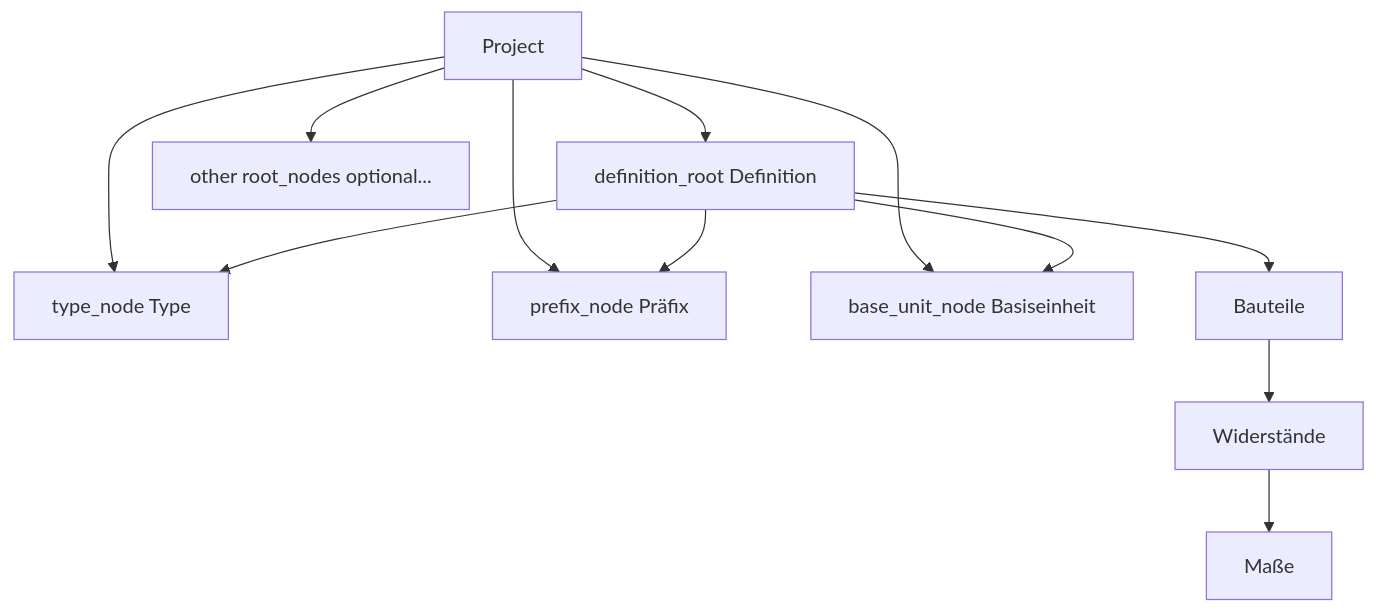
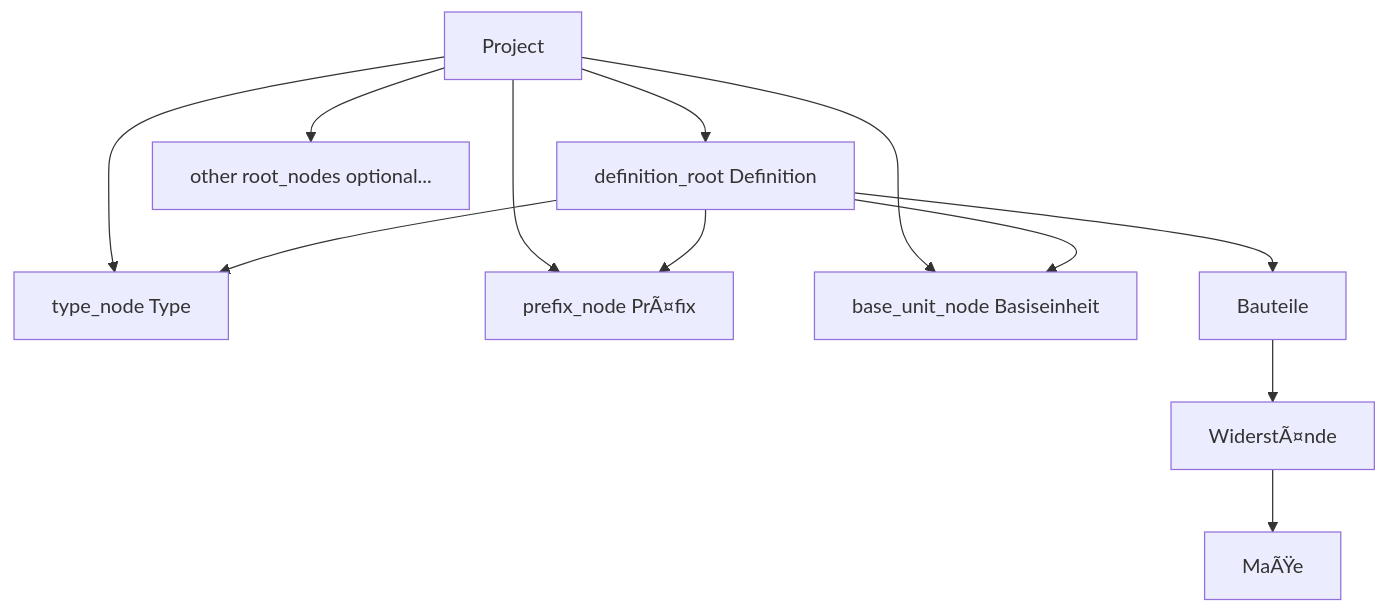
The eighth of 8 diagrams in docs/plans/data-structure.md (sfambach/wp-taxonomy-modeler), drawn with Mermaid before and after one commit. The commit also changed other lines of this file and 117 other files, not shown here.

````diff
--- a/docs/plans/data-structure.md
+++ b/docs/plans/data-structure.md
@@ -1927,15 +1284,15 @@
 ```mermaid
 flowchart TB
   PR[Project]
   PR --> DR[definition_root Definition]
   PR --> TN[type_node Type]
-  PR --> PN[prefix_node Präfix]
+  PR --> PN[prefix_node PrÃ¤fix]
   PR --> BN[base_unit_node Basiseinheit]
   DR --> TN
   DR --> BN
   DR --> PN
   DR --> Bau[Bauteile]
-  Bau --> W[Widerstände]
-  W --> M[Maße]
+  Bau --> W[WiderstÃ¤nde]
+  W --> M[MaÃŸe]
   PR --> Rother[other root_nodes optional...]
 ```
````
